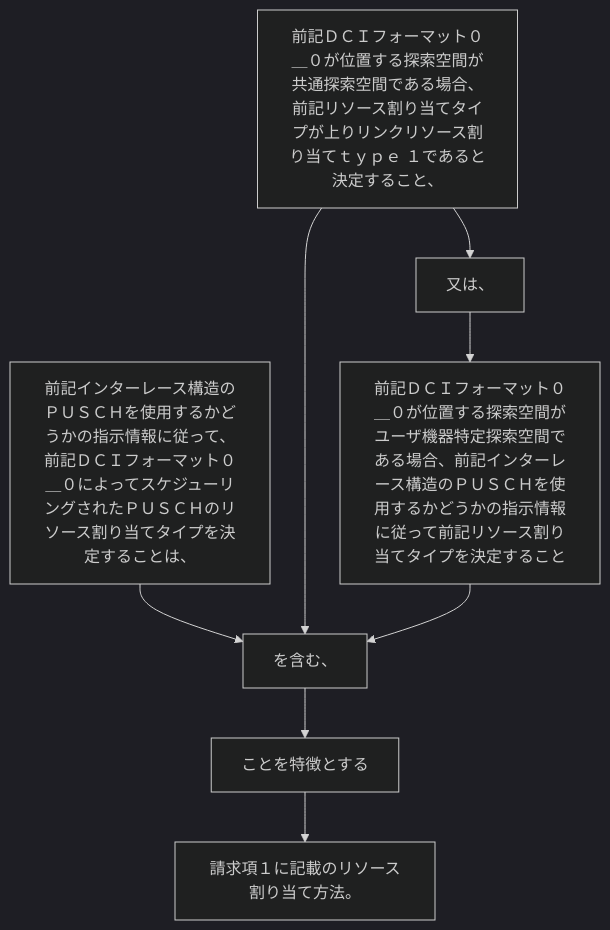
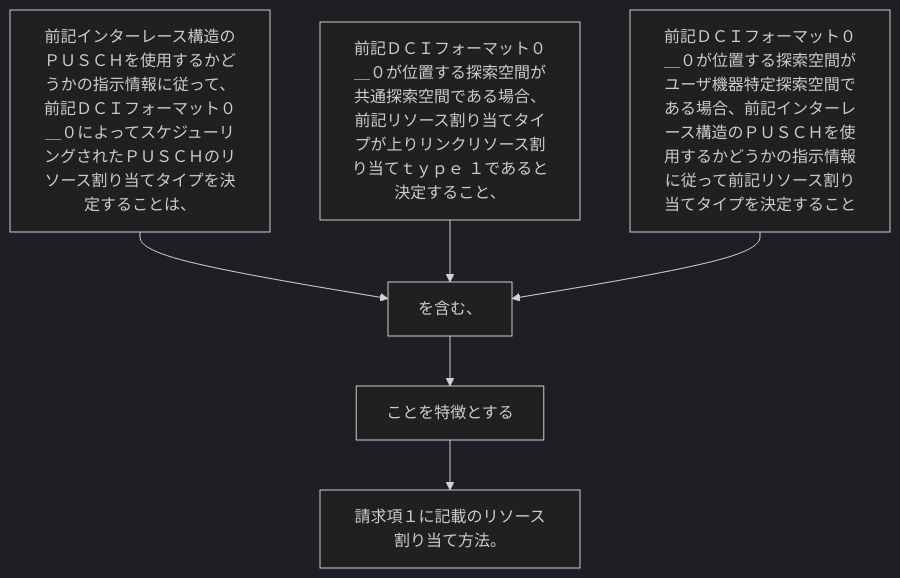
The diagram in 2024/JP2024029186A/claim_3/README.md (shinmori55/patent_analyzed), drawn with Mermaid (dark theme) before and after one commit. The commit also changed 336 other files, not shown here.

````diff
--- a/2024/JP2024029186A/claim_3/README.md
+++ b/2024/JP2024029186A/claim_3/README.md
@@ -5,18 +5,14 @@
 ```mermaid
 flowchart TD
 A[前記インターレース構造のＰＵＳＣＨを使用するかどうかの指示情報に従って、前記ＤＣＩフォーマット０＿０によってスケジューリングされたＰＵＳＣＨのリソース割り当てタイプを決定することは、]
 B[前記ＤＣＩフォーマット０＿０が位置する探索空間が共通探索空間である場合、前記リソース割り当てタイプが上りリンクリソース割り当てｔｙｐｅ １であると決定すること、]
-C[又は、]
-D[前記ＤＣＩフォーマット０＿０が位置する探索空間がユーザ機器特定探索空間である場合、前記インターレース構造のＰＵＳＣＨを使用するかどうかの指示情報に従って前記リソース割り当てタイプを決定すること]
-E[を含む、]
-F[ことを特徴とする]
-G[請求項１に記載のリソース割り当て方法。]
-
-A --> E
-B --> C
+C[前記ＤＣＩフォーマット０＿０が位置する探索空間がユーザ機器特定探索空間である場合、前記インターレース構造のＰＵＳＣＨを使用するかどうかの指示情報に従って前記リソース割り当てタイプを決定すること]
+D[を含む、]
+E[ことを特徴とする]
+F[請求項１に記載のリソース割り当て方法。]
+A --> D
+B --> D
 C --> D
-B --> E
 D --> E
 E --> F
-F --> G
 ```
````
